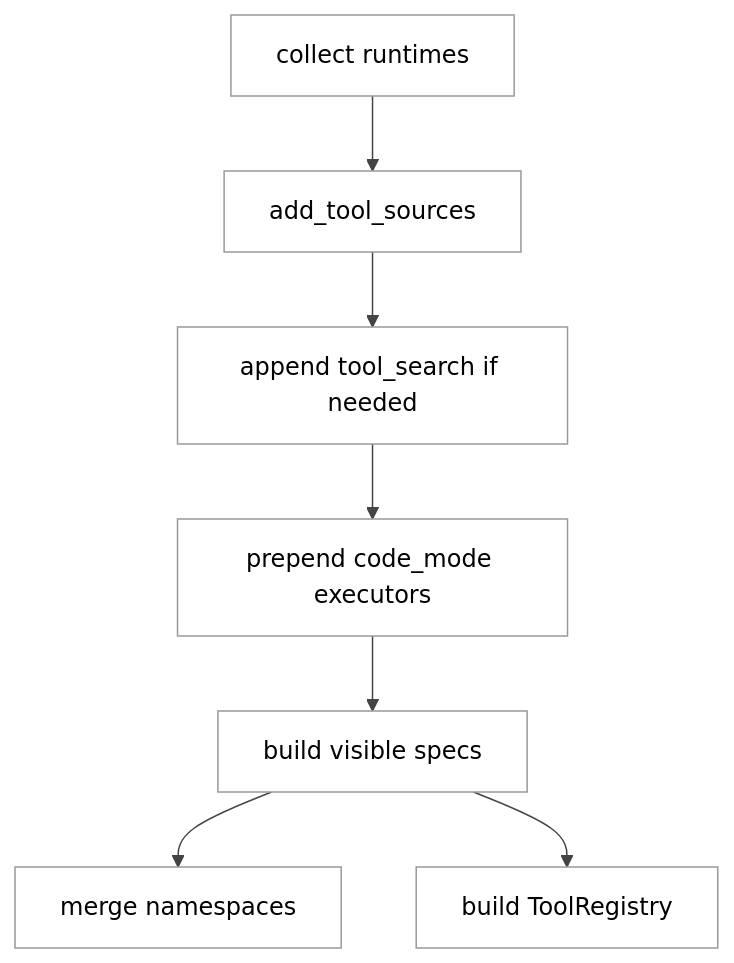
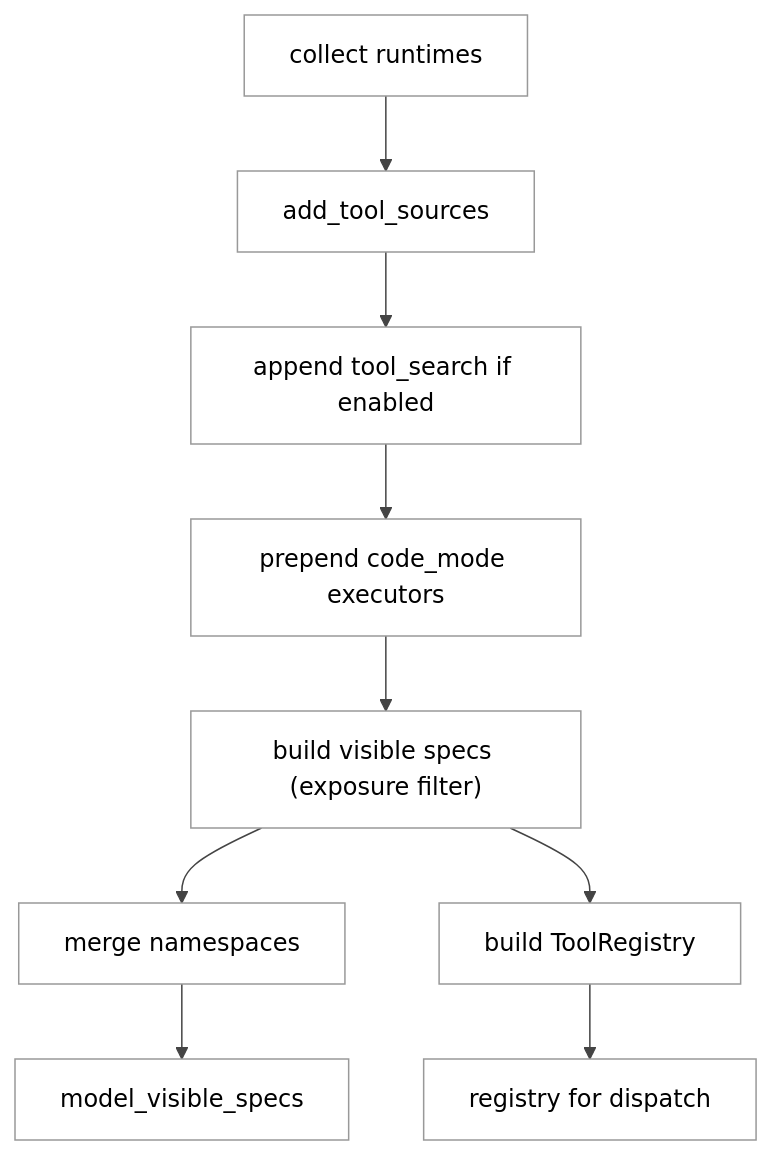
The second of 5 diagrams in Part II Source Analysis/09-工具系统总览.md (GLBB/codex-source-analysis), drawn with Mermaid before and after one commit. The commit also changed other lines of this file and 12 other files, not shown here.

````diff
--- a/Part II Source Analysis/09-工具系统总览.md
+++ b/Part II Source Analysis/09-工具系统总览.md
@@ -166,10 +250,12 @@
 ```mermaid
 %%{init: {"theme":"neutral","themeCSS":"svg { background: #ffffff !important; } .label, .nodeLabel, .edgeLabel, text { fill: #000000 !important; color: #000000 !important; }","themeVariables":{"background":"#ffffff","mainBkg":"#ffffff","primaryColor":"#ffffff","secondaryColor":"#ffffff","tertiaryColor":"#ffffff","primaryTextColor":"#000000","textColor":"#000000","lineColor":"#444444","primaryBorderColor":"#333333","clusterBkg":"#ffffff","clusterBorder":"#888888","edgeLabelBackground":"#ffffff","fontFamily":"Helvetica"}}}%%
 flowchart TD
     StepA["collect runtimes"] --> StepB["add_tool_sources"]
-    StepB --> StepC["append tool_search if needed"]
+    StepB --> StepC["append tool_search if enabled"]
     StepC --> StepD["prepend code_mode executors"]
-    StepD --> StepE["build visible specs"]
+    StepD --> StepE["build visible specs (exposure filter)"]
     StepE --> StepF["merge namespaces"]
     StepE --> StepG["build ToolRegistry"]
+    StepF --> StepH["model_visible_specs"]
+    StepG --> StepI["registry for dispatch"]
 ```
````
